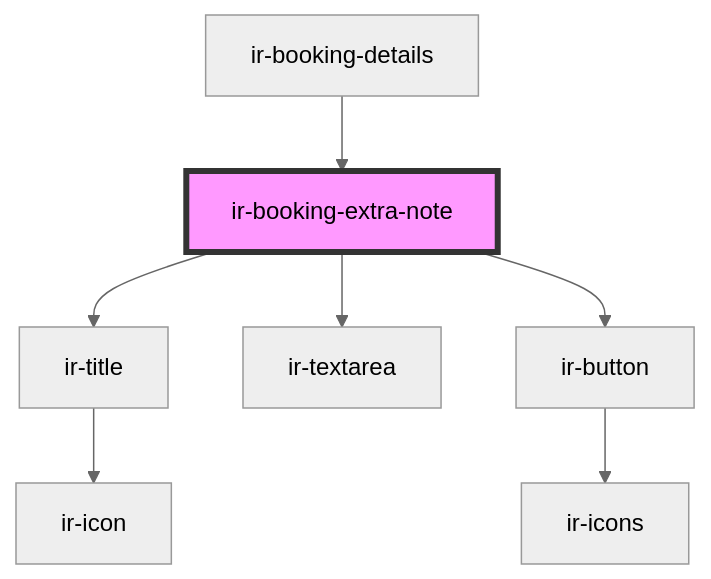
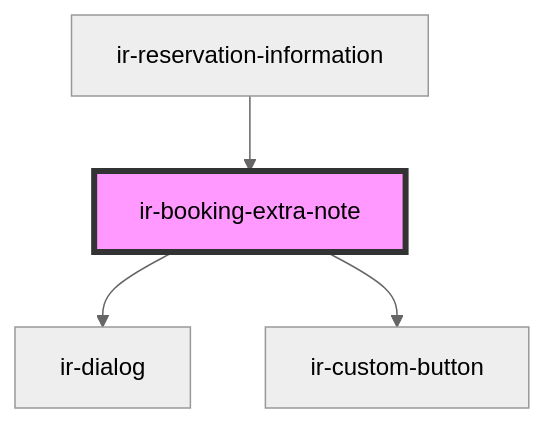
The diagram in src/components/ir-booking-details/ir-booking-extra-note/readme.md (David1Chowaifaty/modified-ir-webcmp), drawn with Mermaid (neutral theme) before and after one commit. The commit also changed other lines of this file and 77 other files, not shown here.

````diff
--- a/src/components/ir-booking-details/ir-booking-extra-note/readme.md
+++ b/src/components/ir-booking-details/ir-booking-extra-note/readme.md
@@ -36,10 +59,7 @@
 ```mermaid
 graph TD;
-  ir-booking-extra-note --> ir-title
-  ir-booking-extra-note --> ir-textarea
-  ir-booking-extra-note --> ir-button
-  ir-title --> ir-icon
-  ir-button --> ir-icons
-  ir-booking-details --> ir-booking-extra-note
+  ir-booking-extra-note --> ir-dialog
+  ir-booking-extra-note --> ir-custom-button
+  ir-reservation-information --> ir-booking-extra-note
   style ir-booking-extra-note fill:#f9f,stroke:#333,stroke-width:4px
 ```
````
